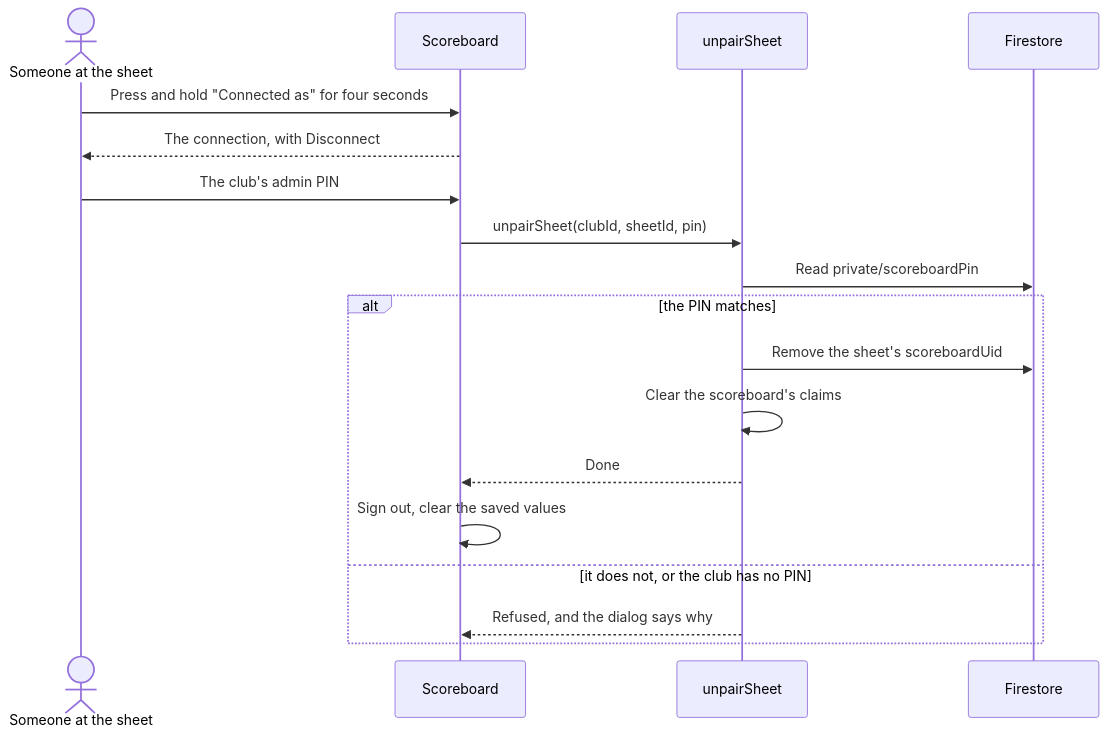
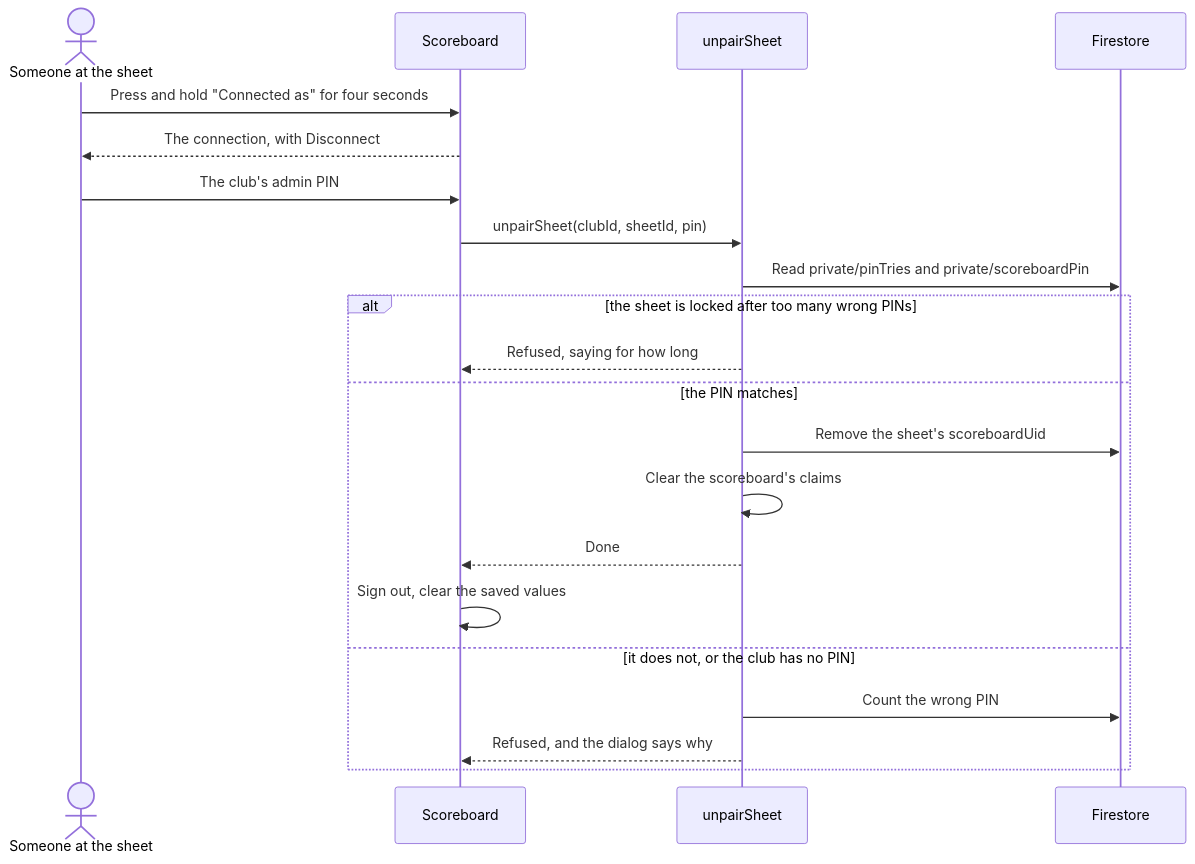
One commit to CloudgateStudios/curling_scoreboard changed the fourth of 4 diagrams in docs/architecture/scoreboard.md. Above: the diagram before and after it, drawn with Mermaid. The commit also changed other lines of this file and 16 other files, not shown here.

First line of the commit message:
feat: scoreboards lock disconnecting for 15 minutes after 5 wrong admin PINs (#415)

````diff
--- a/docs/architecture/scoreboard.md
+++ b/docs/architecture/scoreboard.md
@@ -148,21 +148,24 @@
 ```mermaid
 sequenceDiagram
   actor U as Someone at the sheet
   participant SB as Scoreboard
   participant F as unpairSheet
   participant FS as Firestore
 
   U->>SB: Press and hold "Connected as" for four seconds
   SB-->>U: The connection, with Disconnect
   U->>SB: The club's admin PIN
   SB->>F: unpairSheet(clubId, sheetId, pin)
-  F->>FS: Read private/scoreboardPin
-  alt the PIN matches
+  F->>FS: Read private/pinTries and private/scoreboardPin
+  alt the sheet is locked after too many wrong PINs
+    F-->>SB: Refused, saying for how long
+  else the PIN matches
     F->>FS: Remove the sheet's scoreboardUid
     F->>F: Clear the scoreboard's claims
     F-->>SB: Done
     SB->>SB: Sign out, clear the saved values
   else it does not, or the club has no PIN
+    F->>FS: Count the wrong PIN
     F-->>SB: Refused, and the dialog says why
   end
 ```
````
